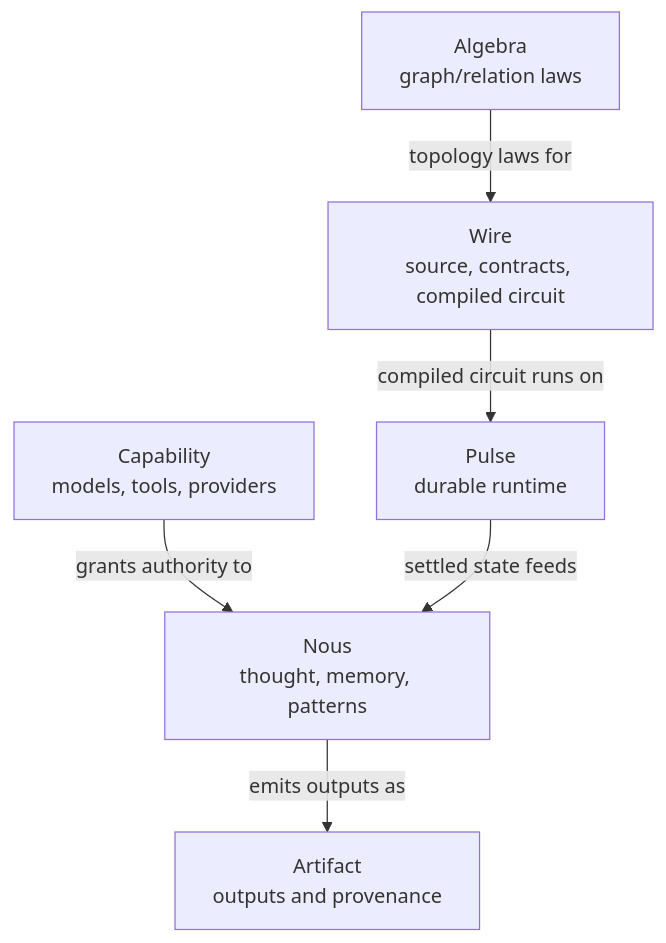
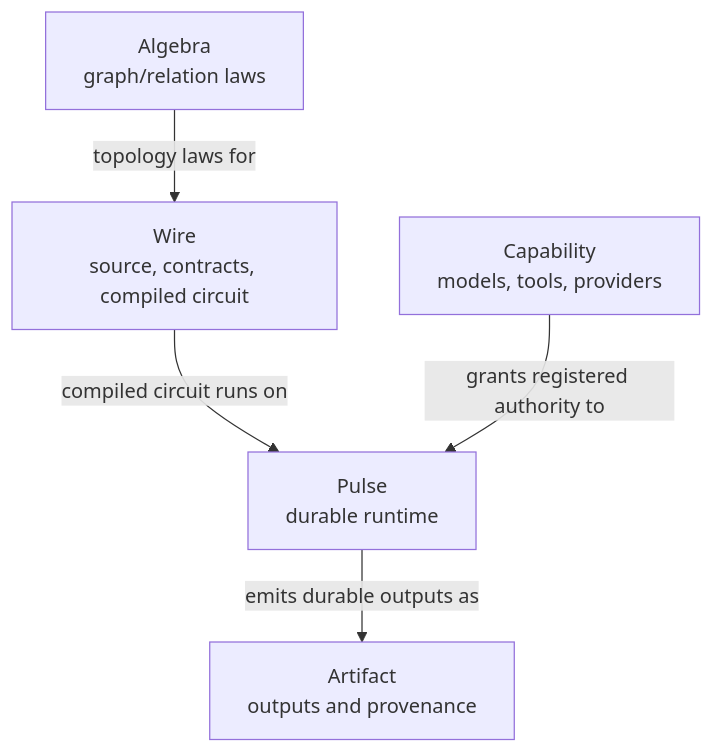
Before and after one commit to Digimuoto/cortex: the diagram in docs/taxonomy.md, drawn with Mermaid. The commit also changed other lines of this file and 207 other files, not shown here.

````diff
--- a/docs/taxonomy.md
+++ b/docs/taxonomy.md
@@ -19,15 +19,13 @@
 ```mermaid
 flowchart TD
     A[Algebra<br/>graph/relation laws]
     W[Wire<br/>source, contracts, compiled circuit]
     P[Pulse<br/>durable runtime]
     C[Capability<br/>models, tools, providers]
     R[Artifact<br/>outputs and provenance]
-    N[Nous<br/>thought, memory, patterns]
 
     A -- "topology laws for" --> W
     W -- "compiled circuit runs on" --> P
-    C -- "grants authority to" --> N
-    P -- "settled state feeds" --> N
-    N -- "emits outputs as" --> R
+    C -- "grants registered authority to" --> P
+    P -- "emits durable outputs as" --> R
 ```
````
